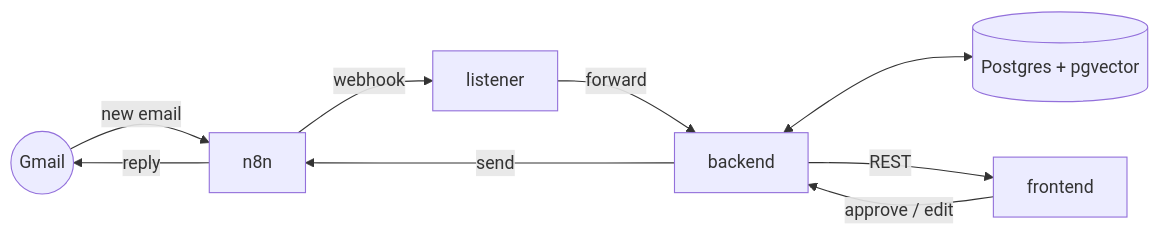
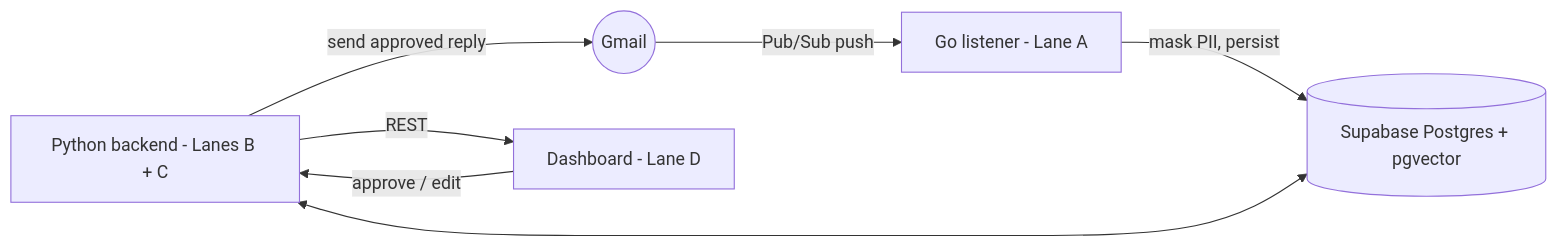
One commit to MDS25-2026/AIMail changed the diagram in specs/architecture.md. Above: the diagram before and after it, drawn with Mermaid. The commit also changed other lines of this file and 210 other files, not shown here.

````diff
--- a/specs/architecture.md
+++ b/specs/architecture.md
@@ -7,11 +18,9 @@
 ```mermaid
 flowchart LR
-    Gmail((Gmail)) -->|new email| n8n
-    n8n -->|webhook| listener
-    listener -->|forward| backend
-    backend <--> db[(Postgres + pgvector)]
-    backend -->|REST| frontend
+    Gmail((Gmail)) -->|Pub/Sub push| listener[Go listener - Lane A]
+    listener -->|mask PII, persist| db[(Supabase Postgres + pgvector)]
+    backend[Python backend - Lanes B + C] <--> db
+    backend -->|REST| frontend[Dashboard - Lane D]
     frontend -->|approve / edit| backend
-    backend -->|send| n8n
-    n8n -->|reply| Gmail
+    backend -->|send approved reply| Gmail
 ```
````
